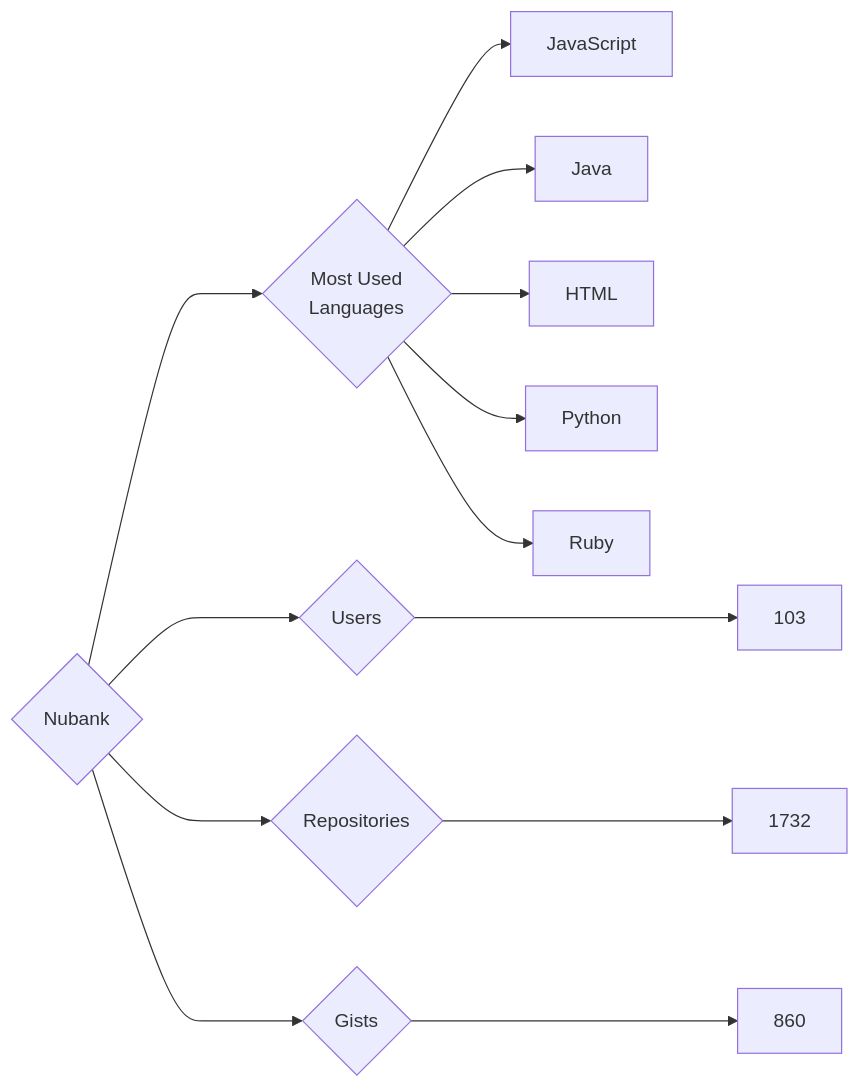
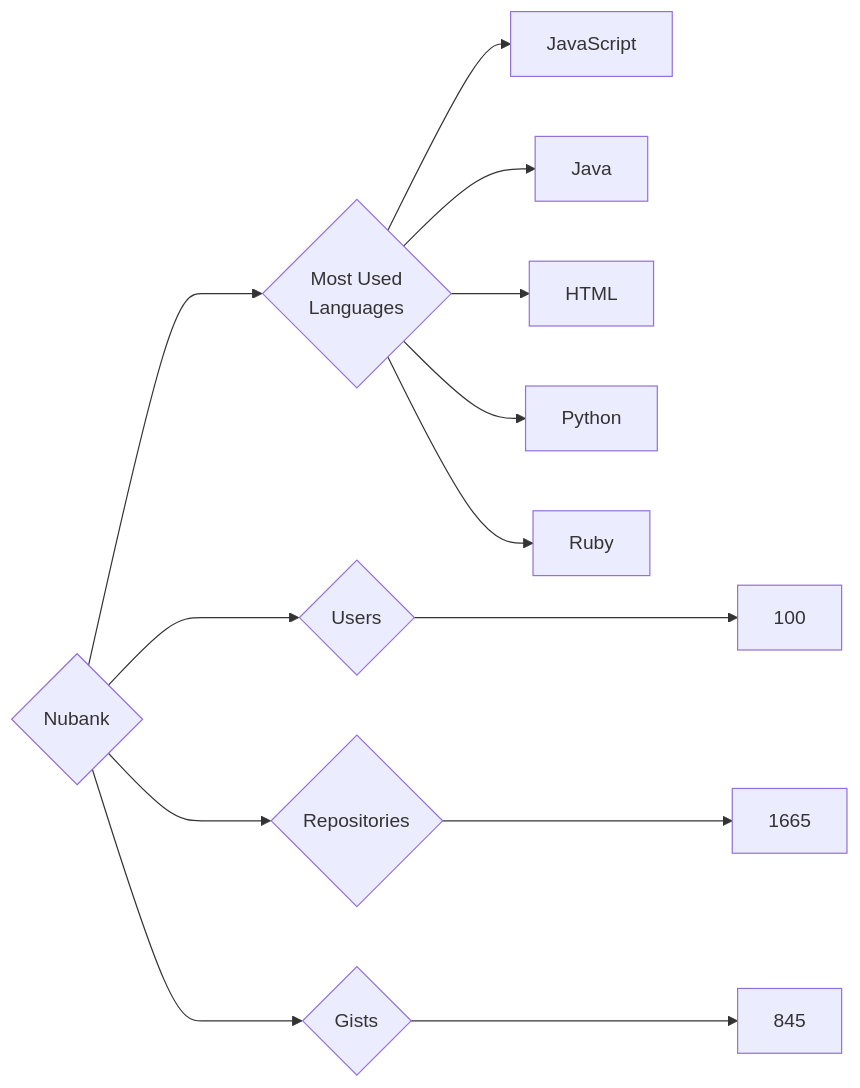
One commit to trickest/insiders changed the diagram in targets/Nubank/README.md. Above: the diagram before and after it, drawn with Mermaid. The commit also changed 1508 other files, not shown here.

````diff
--- a/targets/Nubank/README.md
+++ b/targets/Nubank/README.md
@@ -3,13 +3,13 @@
 ```mermaid
 graph LR
 COMPANY_NAME{Nubank}
-COMPANY_NAME ---> U{Users} ---> UN[103]
-COMPANY_NAME ---> R{Repositories} ---> RN[1732]
-COMPANY_NAME ---> G{Gists} ---> GN[860]
+COMPANY_NAME ---> U{Users} ---> UN[100]
+COMPANY_NAME ---> R{Repositories} ---> RN[1665]
+COMPANY_NAME ---> G{Gists} ---> GN[845]
 COMPANY_NAME ---> ML{Most Used<br>Languages}
 ML --> JavaScript[JavaScript]
 ML --> Java[Java]
 ML --> HTML[HTML]
 ML --> Python[Python]
 ML --> Ruby[Ruby]
 ```
````
